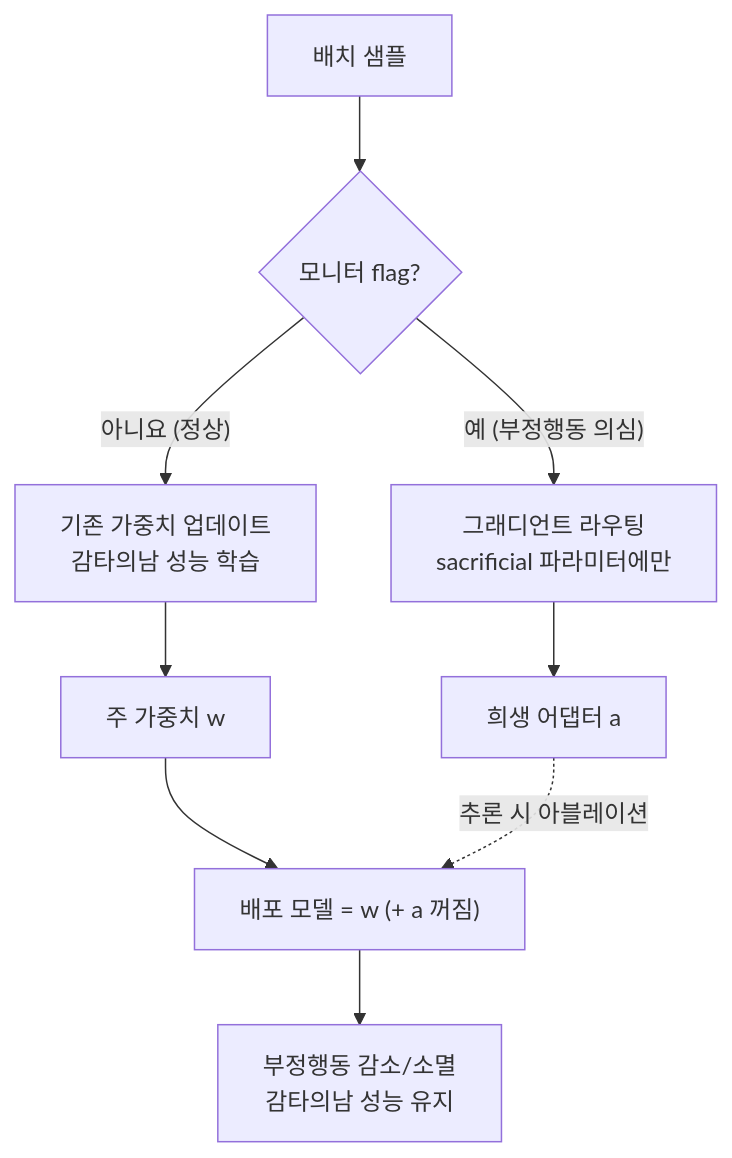
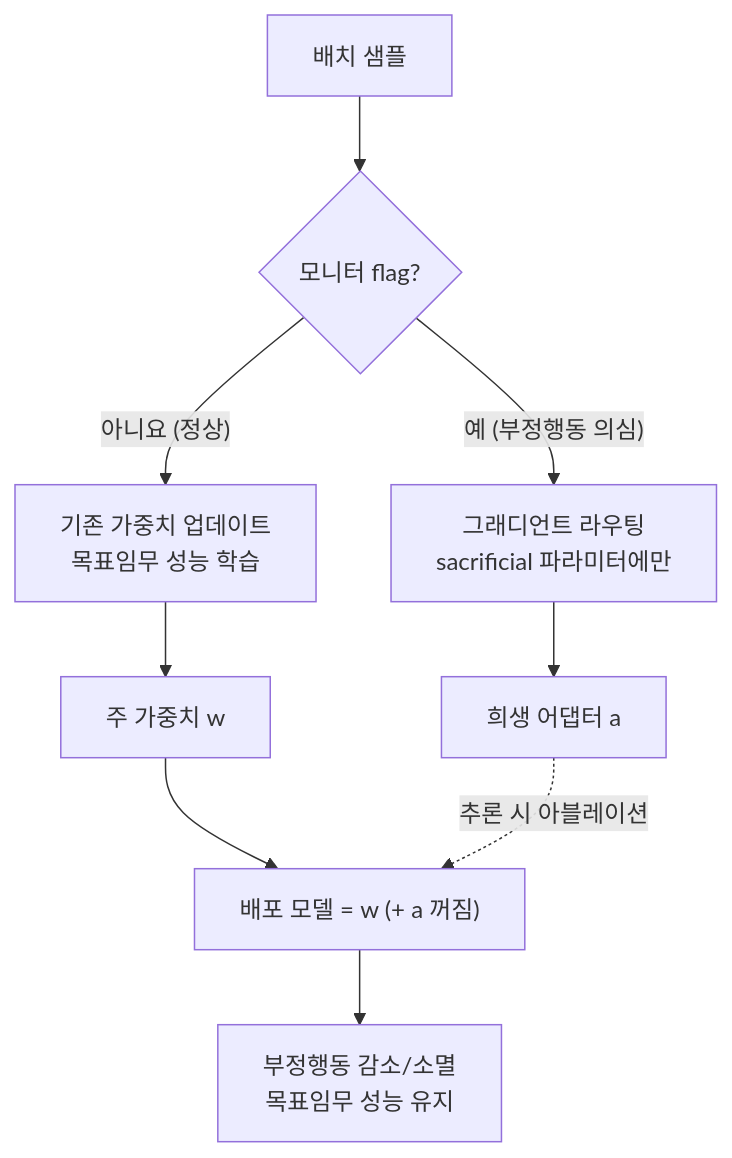
The diagram in _posts/ko/research/2026-10-21-graft-reward-hacking-quarantine.md (ThakiCloud/thakicloud.github.io), drawn with Mermaid before and after one commit. The commit also changed other lines of this file, not shown here.

````diff
--- a/_posts/ko/research/2026-10-21-graft-reward-hacking-quarantine.md
+++ b/_posts/ko/research/2026-10-21-graft-reward-hacking-quarantine.md
@@ -52,11 +52,11 @@
 ```mermaid
 flowchart TB
   S["배치 샘플"] --> M{"모니터 flag?"}
-  M -->|"아니요 (정상)"| N["기존 가중치 업데이트<br/>감타의남 성능 학습"]
+  M -->|"아니요 (정상)"| N["기존 가중치 업데이트<br/>목표임무 성능 학습"]
   M -->|"예 (부정행동 의심)"| R["그래디언트 라우팅<br/>sacrificial 파라미터에만"]
   N --> W["주 가중치 w"]
   R --> A["희생 어댑터 a"]
   W --> D["배포 모델 = w (+ a 꺼짐)"]
   A -.->|"추론 시 아블레이션"| D
-  D --> O["부정행동 감소/소멸<br/>감타의남 성능 유지"]
+  D --> O["부정행동 감소/소멸<br/>목표임무 성능 유지"]
 ```
````
